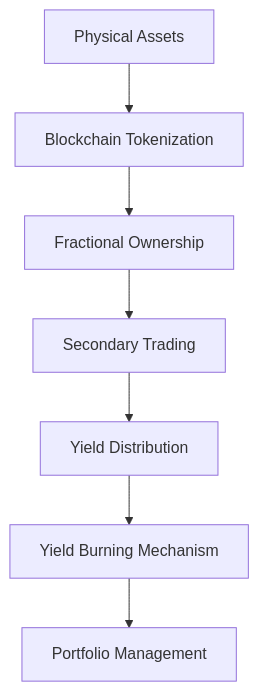
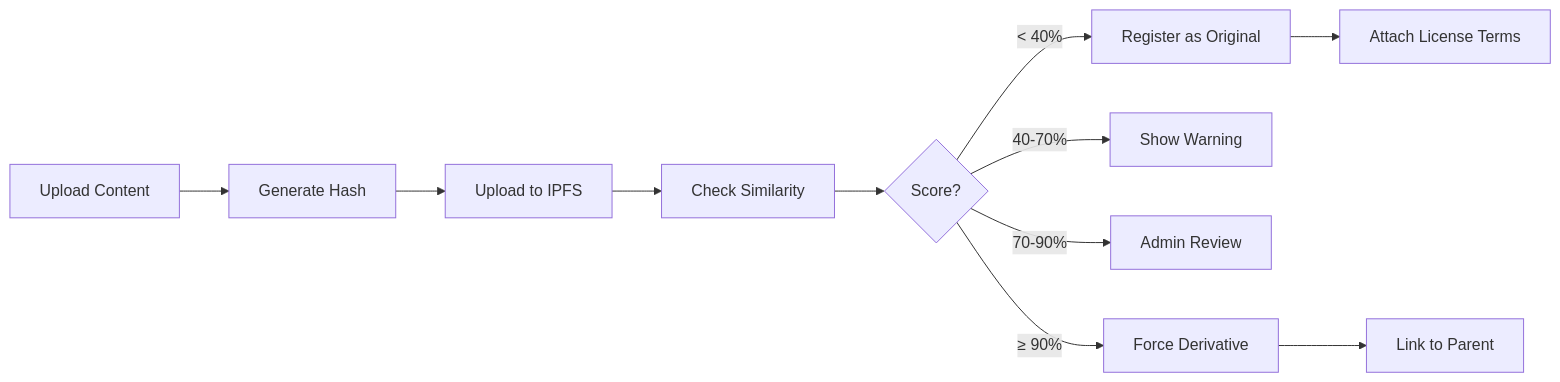
The first of 10 diagrams in README.md (18Abhinav07/Orion), drawn with Mermaid before and after one commit. The commit also changed other lines of this file, not shown here.

````diff
--- a/README.md
+++ b/README.md
@@ -25,9 +57,13 @@
 ```mermaid
-graph TB
-    A[Physical Assets] --> B[Blockchain Tokenization]
-    B --> C[Fractional Ownership]
-    C --> D[Secondary Trading]
-    D --> E[Yield Distribution]
-    E --> F[Yield Burning Mechanism]
-    F --> G[Portfolio Management]
+graph LR
+    A[Upload Content] --> B[Generate Hash]
+    B --> C[Upload to IPFS]
+    C --> D[Check Similarity]
+    D --> E{Score?}
+    E -->|< 40%| F[Register as Original]
+    E -->|40-70%| G[Show Warning]
+    E -->|70-90%| H[Admin Review]
+    E -->|≥ 90%| I[Force Derivative]
+    F --> J[Attach License Terms]
+    I --> K[Link to Parent]
 ```
````
